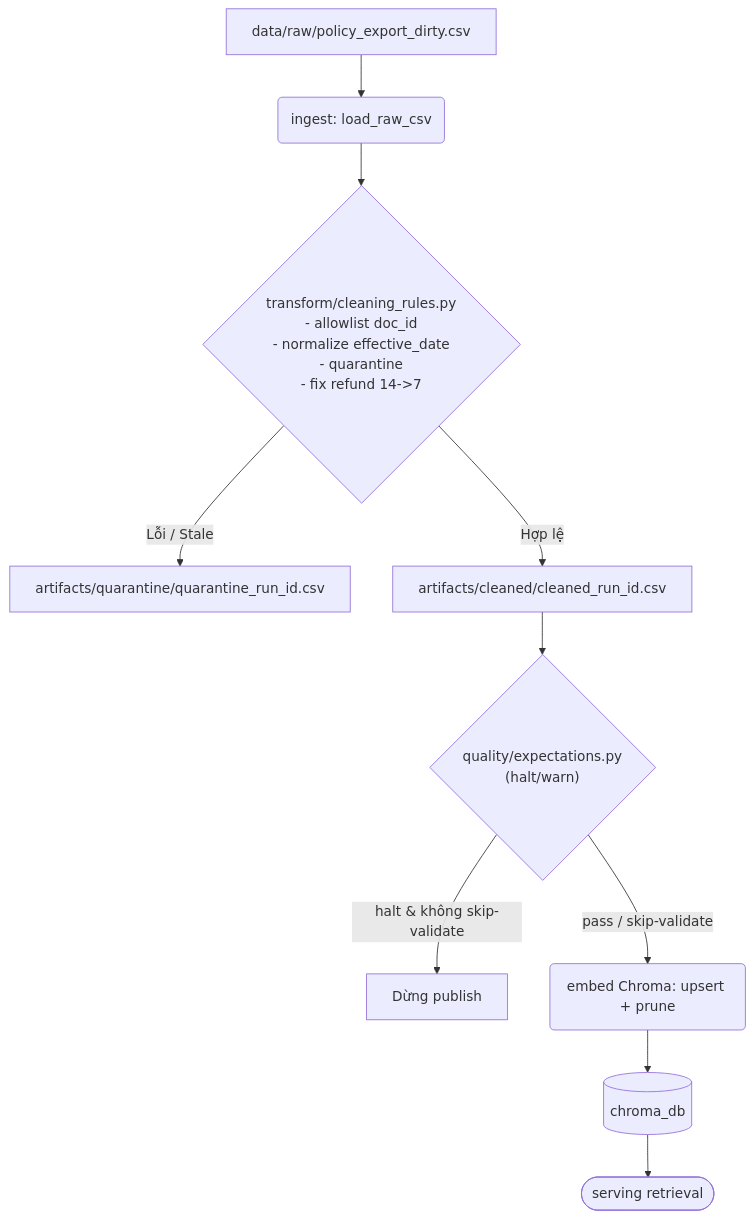
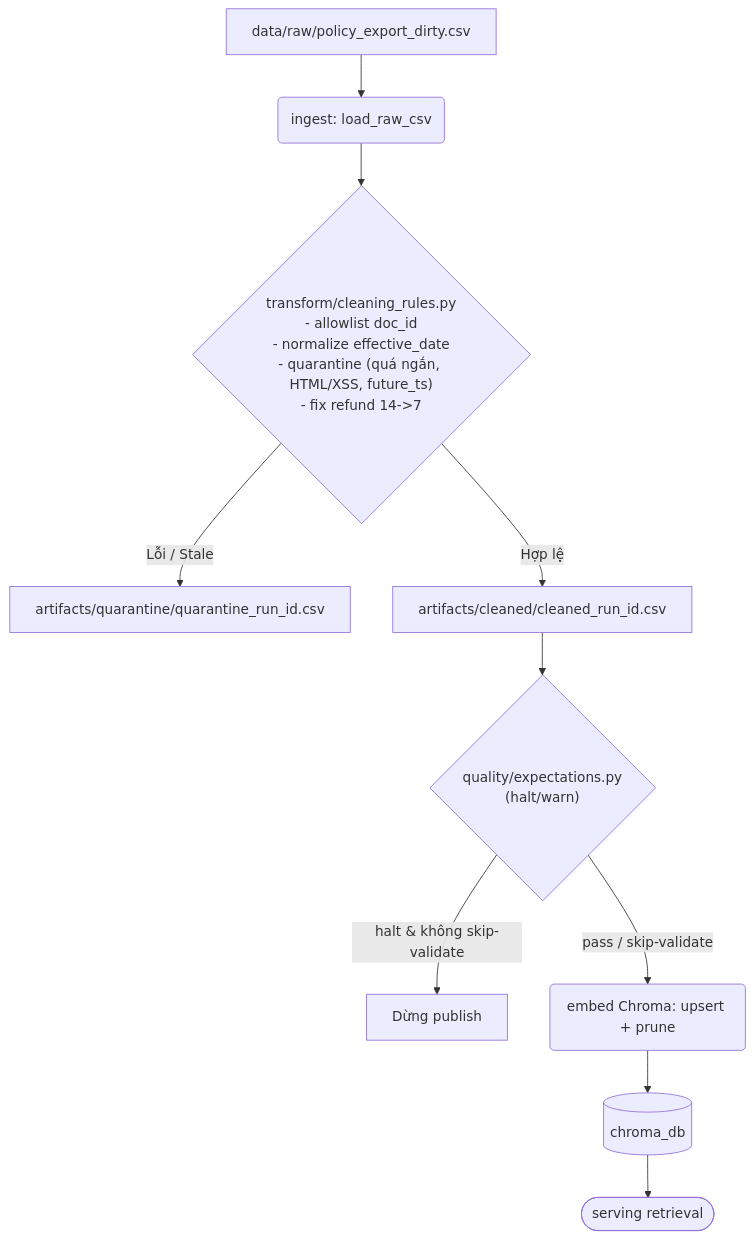
One commit to daisme369/Day10-C401_B4 changed the diagram in day10/lab/docs/pipeline_architecture.md. Above: the diagram before and after it, drawn with Mermaid. The commit also changed 1 other file, not shown here.

Commit message:
update sprint 4

````diff
--- a/day10/lab/docs/pipeline_architecture.md
+++ b/day10/lab/docs/pipeline_architecture.md
@@ -10,15 +10,15 @@
 ```mermaid
 graph TD
     Raw[data/raw/policy_export_dirty.csv] --> Ingest(ingest: load_raw_csv)
-    Ingest --> Clean{"transform/cleaning_rules.py<br/>- allowlist doc_id<br/>- normalize effective_date<br/>- quarantine<br/>- fix refund 14->7"}
+    Ingest --> Clean{"transform/cleaning_rules.py<br/>- allowlist doc_id<br/>- normalize effective_date<br/>- quarantine (quá ngắn, HTML/XSS, future_ts)<br/>- fix refund 14->7"}
     
     Clean -->|Lỗi / Stale| Quar[artifacts/quarantine/quarantine_run_id.csv]
     Clean -->|Hợp lệ| Cleaned[artifacts/cleaned/cleaned_run_id.csv]
     
     Cleaned --> Valid{"quality/expectations.py<br/>(halt/warn)"}
     Valid -->|halt & không skip-validate| Halt[Dừng publish]
     Valid -->|pass / skip-validate| Embed(embed Chroma: upsert + prune)
     
     Embed --> DB[(chroma_db)]
     DB --> Serving([serving retrieval])
 ```
````
